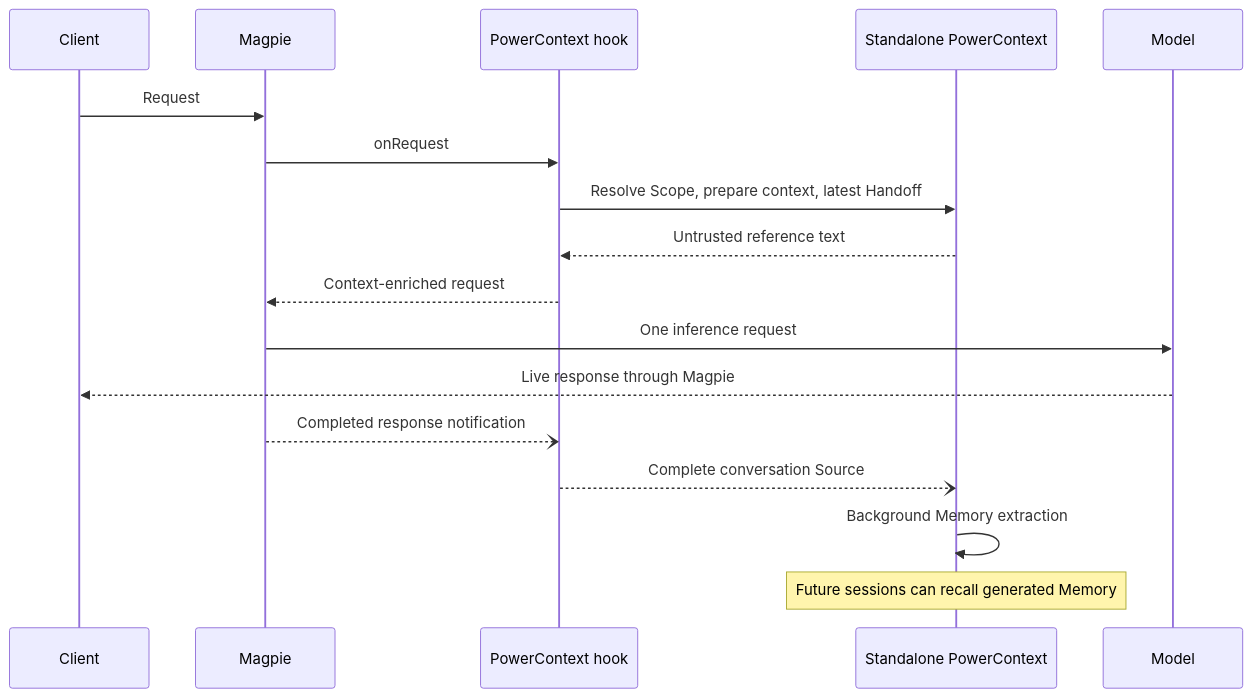
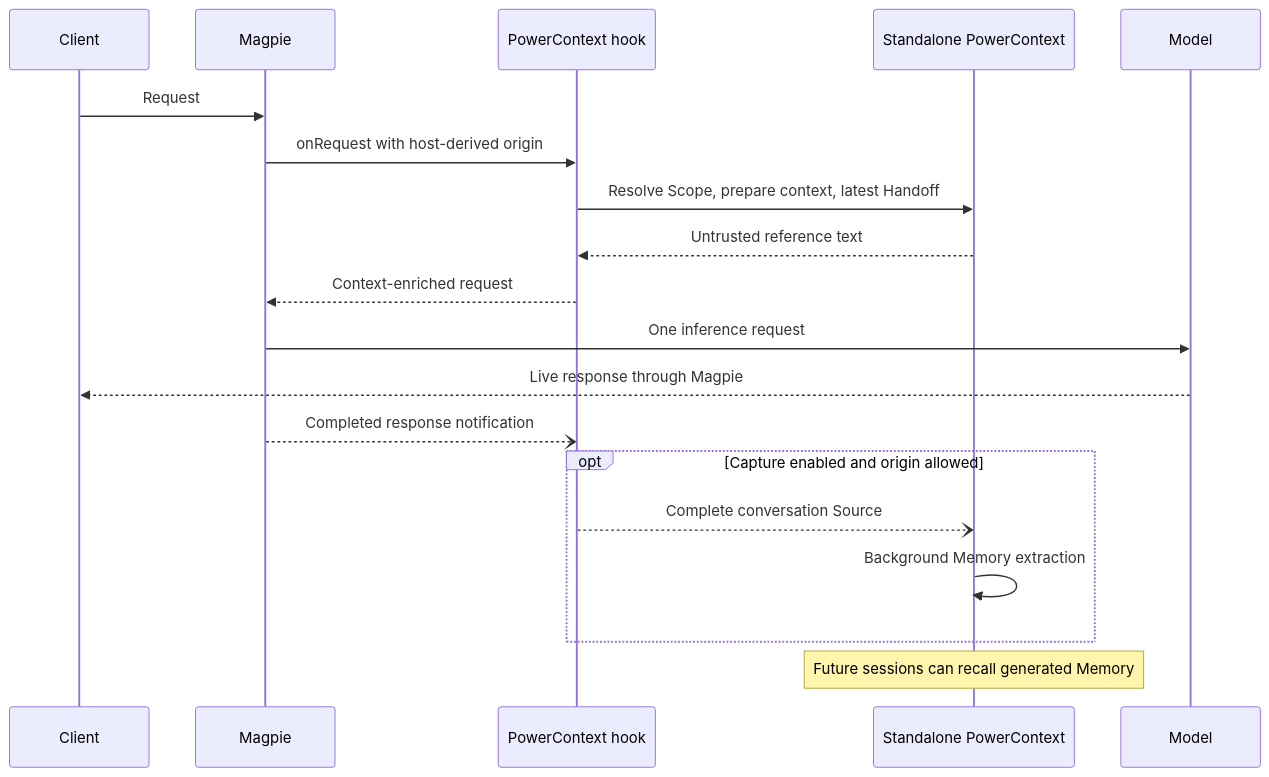
Before and after one commit to Tsukikage7/magpie-community-plugins: the diagram in packages/powercontext/README.md, drawn with Mermaid. The commit also changed other lines of this file and 4 other files, not shown here.

````diff
--- a/packages/powercontext/README.md
+++ b/packages/powercontext/README.md
@@ -8,19 +12,21 @@
 ```mermaid
 sequenceDiagram
     participant Client
     participant Magpie
     participant Plugin as PowerContext hook
     participant PC as Standalone PowerContext
     participant Model
     Client->>Magpie: Request
-    Magpie->>Plugin: onRequest
+    Magpie->>Plugin: onRequest with host-derived origin
     Plugin->>PC: Resolve Scope, prepare context, latest Handoff
     PC-->>Plugin: Untrusted reference text
     Plugin-->>Magpie: Context-enriched request
     Magpie->>Model: One inference request
     Model-->>Client: Live response through Magpie
     Magpie--)Plugin: Completed response notification
-    Plugin--)PC: Complete conversation Source
-    PC->>PC: Background Memory extraction
+    opt Capture enabled and origin allowed
+        Plugin--)PC: Complete conversation Source
+        PC->>PC: Background Memory extraction
+    end
     Note over PC: Future sessions can recall generated Memory
 ```
````
